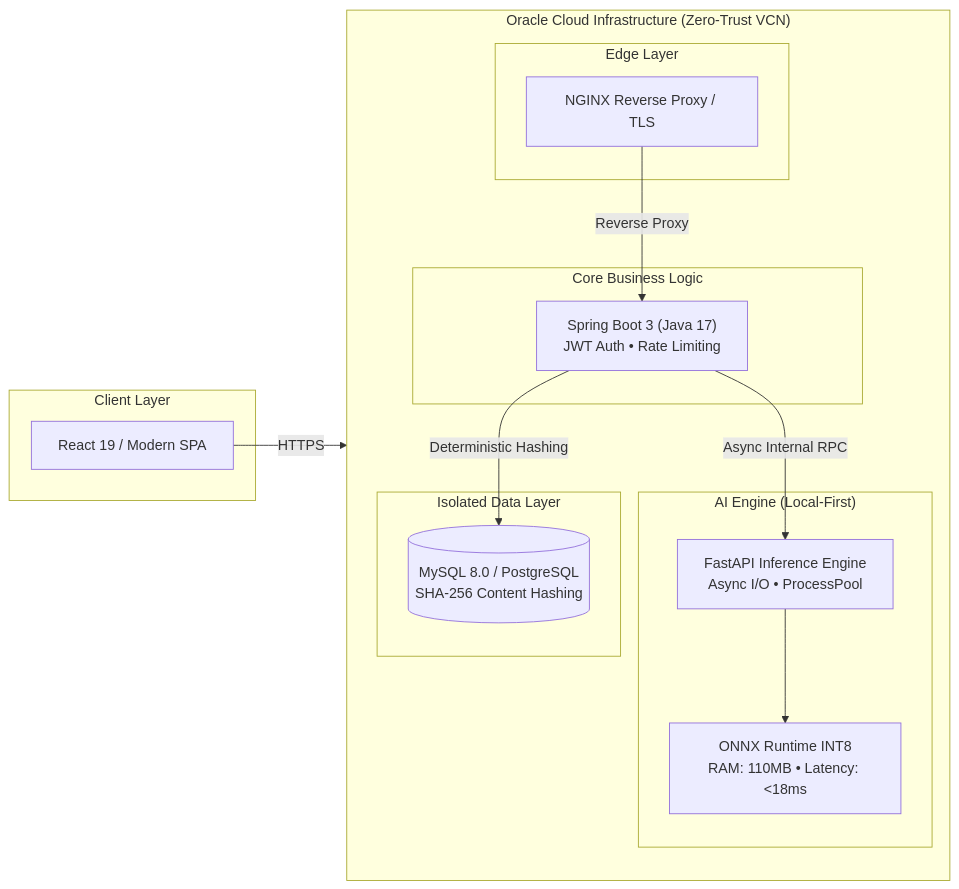
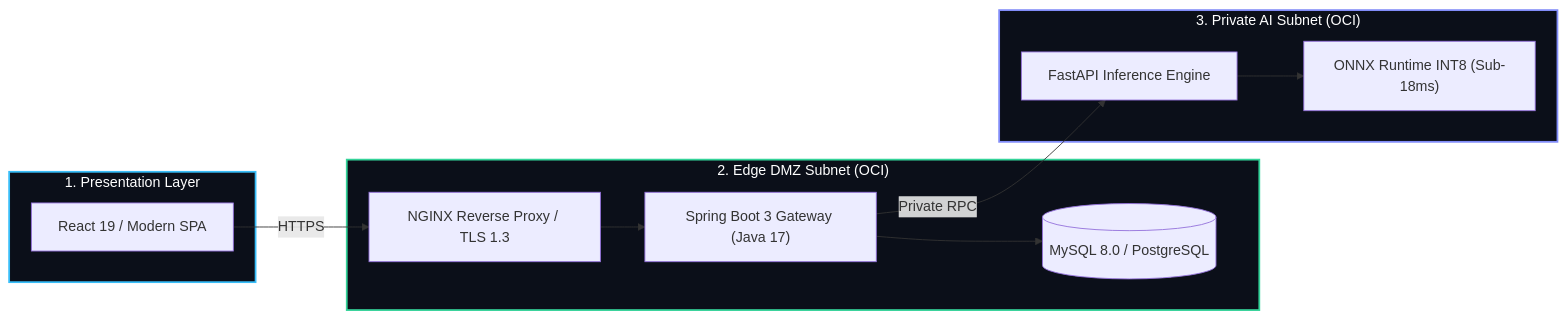
The diagram in README.md (Maxrodri0311/Maxrodri0311), drawn with Mermaid before and after one commit. The commit also changed other lines of this file and 2 other files, not shown here.

Commit message:
fix(profile): fix mermaid rendering, update telemetry widgets, link direct pdf resume, and update verified live demo urls

````diff
--- a/README.md
+++ b/README.md
@@ -78,32 +79,27 @@
 ```mermaid
 flowchart LR
-    subgraph CLIENT["Client Layer"]
+    subgraph CLIENT ["1. Presentation Layer"]
         UI["React 19 / Modern SPA"]
     end
 
-    subgraph OCI["Oracle Cloud Infrastructure (Zero-Trust VCN)"]
-        direction TB
-        subgraph GATEWAY["Edge Layer"]
-            NGINX["NGINX Reverse Proxy / TLS"]
-        end
+    subgraph GATEWAY ["2. Edge DMZ Subnet (OCI)"]
+        NGINX["NGINX Reverse Proxy / TLS 1.3"]
+        SPRING["Spring Boot 3 Gateway (Java 17)"]
+        DB[("MySQL 8.0 / PostgreSQL")]
+        NGINX --> SPRING
+        SPRING --> DB
+    end
 
-        subgraph BACKEND["Core Business Logic"]
-            SPRING["Spring Boot 3 (Java 17)<br/>JWT Auth • Rate Limiting"]
-        end
-
-        subgraph INFERENCE["AI Engine (Local-First)"]
-            FASTAPI["FastAPI Inference Engine<br/>Async I/O • ProcessPool"]
-            ONNX["ONNX Runtime INT8<br/>RAM: 110MB • Latency: <18ms"]
-        end
-
-        subgraph STORAGE["Isolated Data Layer"]
-            DB[("MySQL 8.0 / PostgreSQL<br/>SHA-256 Content Hashing")]
-        end
+    subgraph AI_ENGINE ["3. Private AI Subnet (OCI)"]
+        FASTAPI["FastAPI Inference Engine"]
+        ONNX["ONNX Runtime INT8 (Sub-18ms)"]
+        FASTAPI --> ONNX
     end
 
     UI -->|HTTPS| NGINX
-    NGINX -->|Reverse Proxy| SPRING
-    SPRING -->|Async Internal RPC| FASTAPI
-    FASTAPI --> ONNX
-    SPRING -->|Deterministic Hashing| DB
+    SPRING -->|Private RPC| FASTAPI
+
+    style CLIENT fill:#0B0F19,stroke:#38BDF8,stroke-width:2px,color:#FFFFFF
+    style GATEWAY fill:#0B0F19,stroke:#34D399,stroke-width:2px,color:#FFFFFF
+    style AI_ENGINE fill:#0B0F19,stroke:#818CF8,stroke-width:2px,color:#FFFFFF
 ```
````
